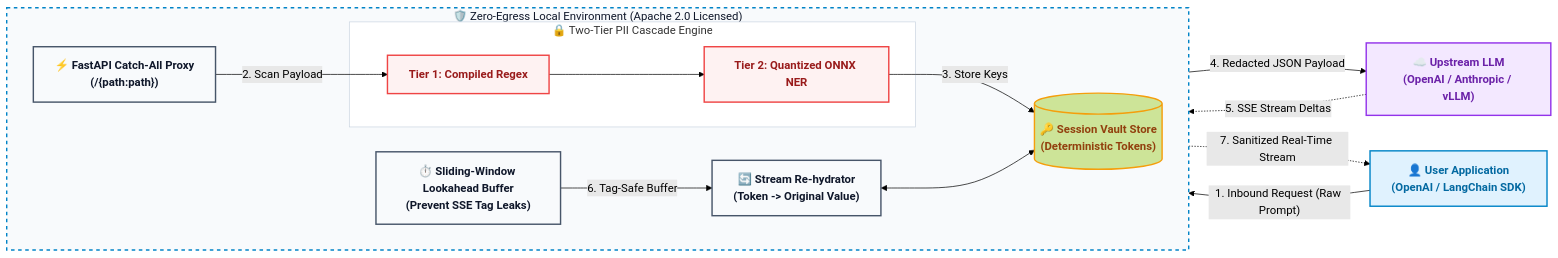
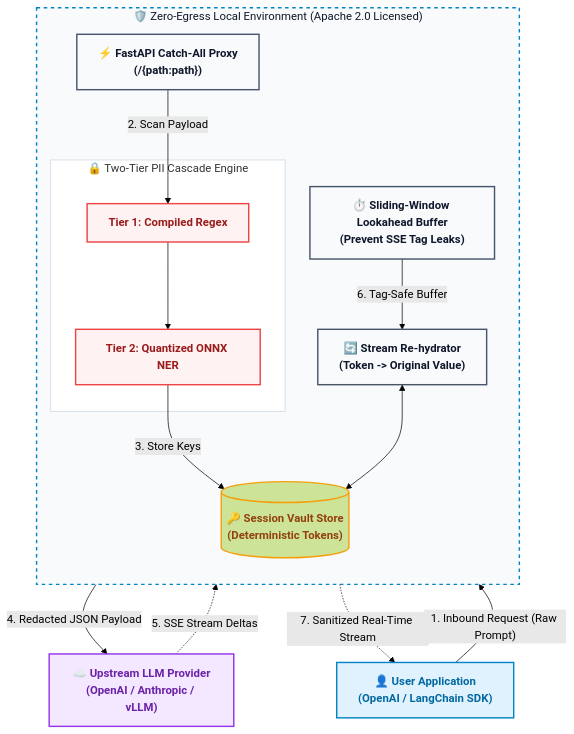
The diagram in README.md (ninadphalak/LLM-Shield-Proxy), drawn with Mermaid (forest theme) before and after one commit. The commit also changed other lines of this file, not shown here.

Commit message:
docs: update Mermaid diagram orientation to TD and add Data Flow legend

````diff
--- a/README.md
+++ b/README.md
@@ -17,42 +17,42 @@
 ```mermaid
-flowchart LR
+flowchart TD
     classDef client fill:#e0f2fe,stroke:#0284c7,stroke-width:2px,color:#0369a1,font-weight:bold;
     classDef proxyEngine fill:#f8fafc,stroke:#475569,stroke-width:2px,color:#0f172a,font-weight:bold;
     classDef piiSecurity fill:#fef2f2,stroke:#ef4444,stroke-width:2px,color:#991b1b,font-weight:bold;
     classDef vault fill:#fffbebe,stroke:#f59e0b,stroke-width:2px,color:#92400e,font-weight:bold;
     classDef upstream fill:#f3e8ff,stroke:#9333ea,stroke-width:2px,color:#6b21a8,font-weight:bold;
 
     UserApp["👤 User Application\n(OpenAI / LangChain SDK)"]:::client
 
     subgraph SecurityMoat ["🛡️ Zero-Egress Local Environment (Apache 2.0 Licensed)"]
-        direction LR
+        direction TD
         FastAPIProxy["⚡ FastAPI Catch-All Proxy\n(/{path:path})"]:::proxyEngine
 
         subgraph CascadeEngine ["🔒 Two-Tier PII Cascade Engine"]
             Tier1["Tier 1: Compiled Regex"]:::piiSecurity
             Tier2["Tier 2: Quantized ONNX NER"]:::piiSecurity
             Tier1 --> Tier2
         end
 
         VaultStore[("🔑 Session Vault Store\n(Deterministic Tokens)")]:::vault
         LookaheadBuffer["⏱️ Sliding-Window Lookahead Buffer\n(Prevent SSE Tag Leaks)"]:::proxyEngine
         Rehydrator["🔄 Stream Re-hydrator\n(Token -> Original Value)"]:::proxyEngine
     end
 
-    UpstreamLLM["☁️ Upstream LLM\n(OpenAI / Anthropic / vLLM)"]:::upstream
+    UpstreamLLM["☁️ Upstream LLM Provider\n(OpenAI / Anthropic / vLLM)"]:::upstream
 
     %% Inbound Flow (Prompt Sanitization)
     UserApp -- "1. Inbound Request (Raw Prompt)" --> FastAPIProxy
     FastAPIProxy -- "2. Scan Payload" --> Tier1
     Tier2 -- "3. Store Keys" --> VaultStore
     Tier2 -- "4. Redacted JSON Payload" --> UpstreamLLM
 
     %% Outbound Flow (Streaming De-redaction)
     UpstreamLLM -. "5. SSE Stream Deltas" .-> LookaheadBuffer
     LookaheadBuffer -- "6. Tag-Safe Buffer" --> Rehydrator
     Rehydrator <--> VaultStore
     Rehydrator -. "7. Sanitized Real-Time Stream" .-> UserApp
 
     style SecurityMoat fill:#f8fafc,stroke:#0284c7,stroke-width:2px,stroke-dasharray: 5 5,color:#0f172a
     style CascadeEngine fill:#ffffff,stroke:#cbd5e1,stroke-width:1px
 ```
````
